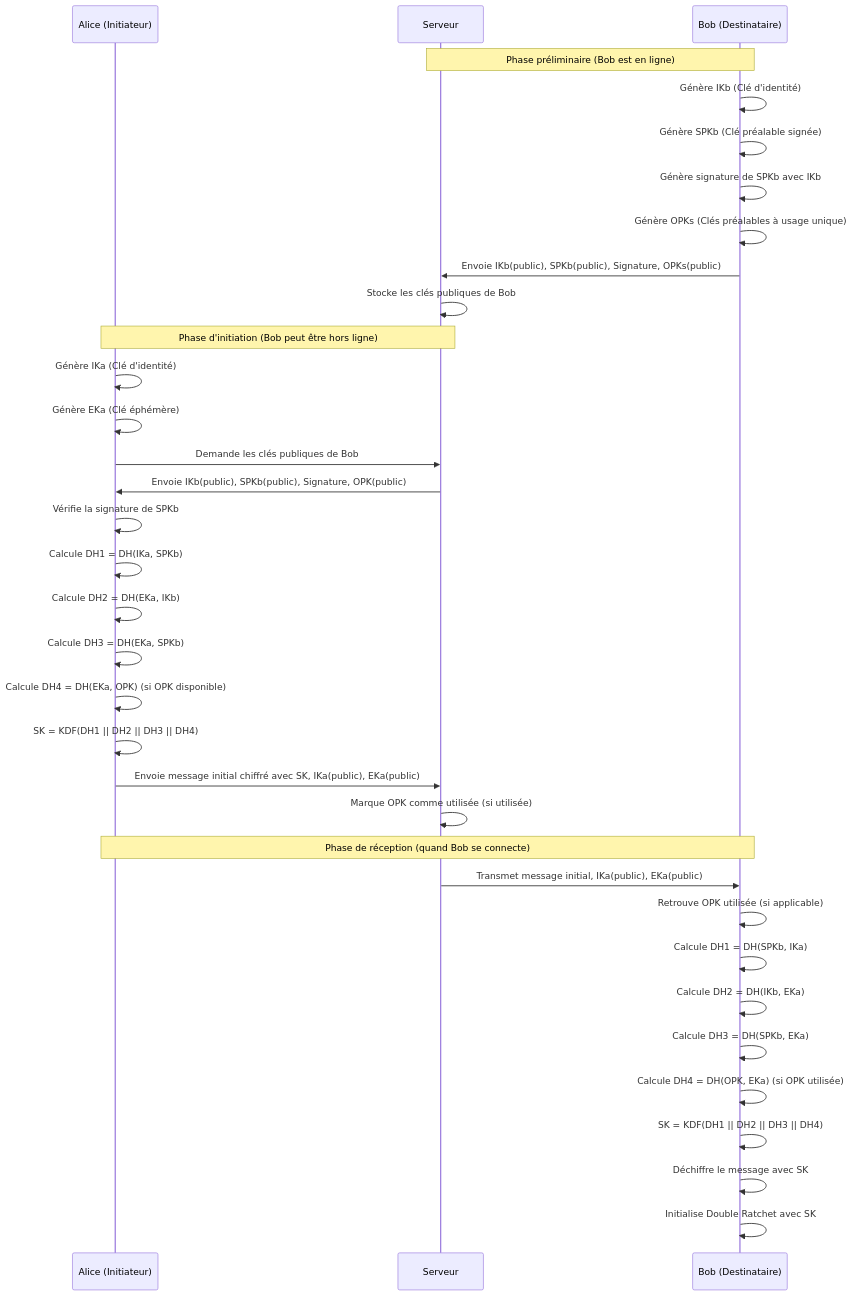
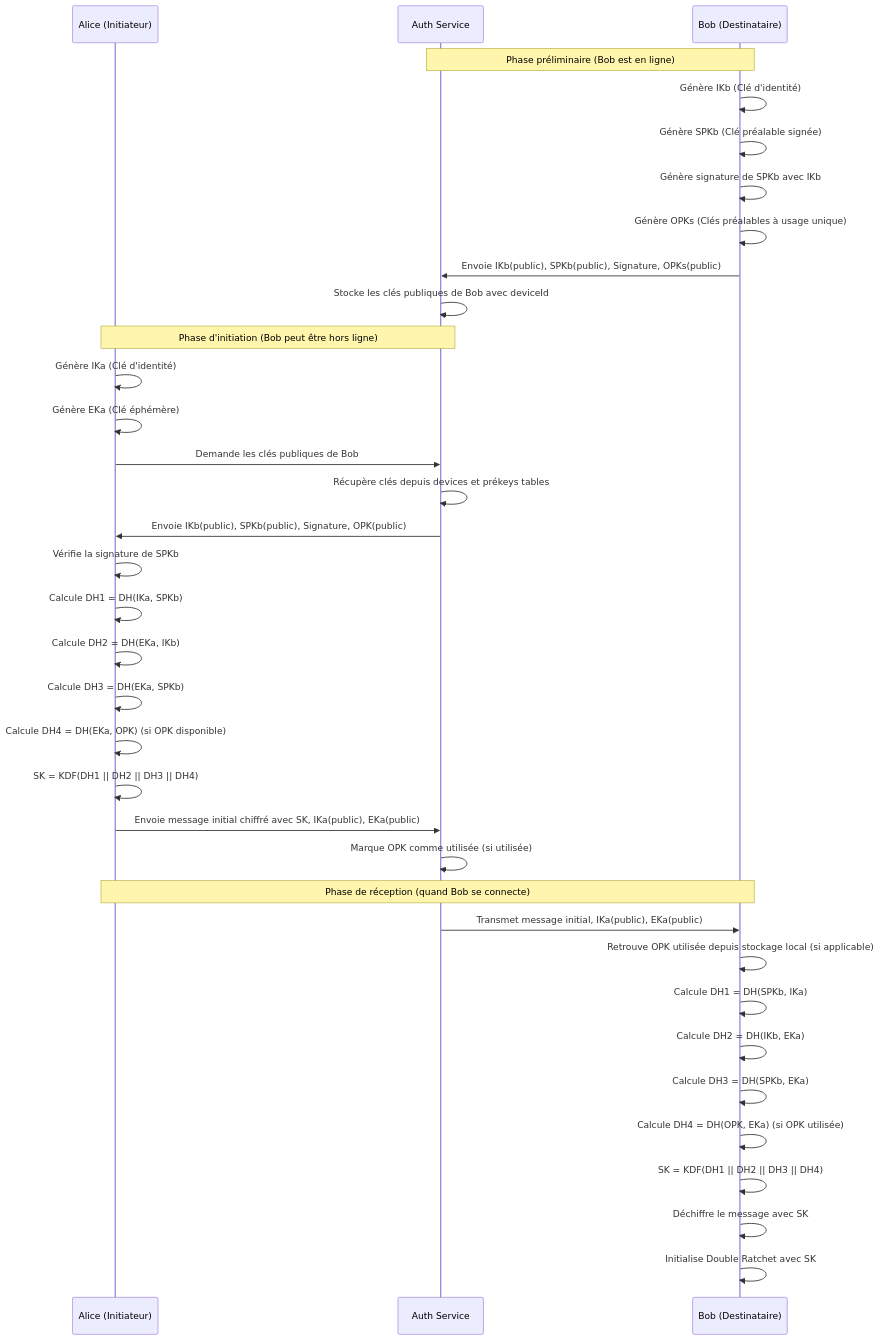
One commit to whispr-messenger/auth-service changed the third of 13 diagrams in documentation/2_fonctional_specs/4_encryption_end_to_end.md. Above: the diagram before and after it, drawn with Mermaid. The commit also changed other lines of this file and 4 other files, not shown here.

Commit message:
📝 Update devices data managed by auth service

````diff
--- a/documentation/2_fonctional_specs/4_encryption_end_to_end.md
+++ b/documentation/2_fonctional_specs/4_encryption_end_to_end.md
@@ -119,44 +129,45 @@
 ```mermaid
 sequenceDiagram
     participant A as Alice (Initiateur)
-    participant S as Serveur
+    participant AuthService as Auth Service
     participant B as Bob (Destinataire)
     
-    Note over B,S: Phase préliminaire (Bob est en ligne)
+    Note over B,AuthService: Phase préliminaire (Bob est en ligne)
     B->>B: Génère IKb (Clé d'identité)
     B->>B: Génère SPKb (Clé préalable signée)
     B->>B: Génère signature de SPKb avec IKb
     B->>B: Génère OPKs (Clés préalables à usage unique)
-    B->>S: Envoie IKb(public), SPKb(public), Signature, OPKs(public)
-    S->>S: Stocke les clés publiques de Bob
+    B->>AuthService: Envoie IKb(public), SPKb(public), Signature, OPKs(public)
+    AuthService->>AuthService: Stocke les clés publiques de Bob avec deviceId
     
-    Note over A,S: Phase d'initiation (Bob peut être hors ligne)
+    Note over A,AuthService: Phase d'initiation (Bob peut être hors ligne)
     A->>A: Génère IKa (Clé d'identité)
     A->>A: Génère EKa (Clé éphémère)
-    A->>S: Demande les clés publiques de Bob
-    S->>A: Envoie IKb(public), SPKb(public), Signature, OPK(public)
+    A->>AuthService: Demande les clés publiques de Bob
+    AuthService->>AuthService: Récupère clés depuis devices et prékeys tables
+    AuthService->>A: Envoie IKb(public), SPKb(public), Signature, OPK(public)
     A->>A: Vérifie la signature de SPKb
     
     A->>A: Calcule DH1 = DH(IKa, SPKb)
     A->>A: Calcule DH2 = DH(EKa, IKb)
     A->>A: Calcule DH3 = DH(EKa, SPKb)
     A->>A: Calcule DH4 = DH(EKa, OPK) (si OPK disponible)
     
     A->>A: SK = KDF(DH1 || DH2 || DH3 || DH4)
     
-    A->>S: Envoie message initial chiffré avec SK, IKa(public), EKa(public)
-    S->>S: Marque OPK comme utilisée (si utilisée)
+    A->>AuthService: Envoie message initial chiffré avec SK, IKa(public), EKa(public)
+    AuthService->>AuthService: Marque OPK comme utilisée (si utilisée)
     
     Note over B,A: Phase de réception (quand Bob se connecte)
-    S->>B: Transmet message initial, IKa(public), EKa(public)
-    B->>B: Retrouve OPK utilisée (si applicable)
+    AuthService->>B: Transmet message initial, IKa(public), EKa(public)
+    B->>B: Retrouve OPK utilisée depuis stockage local (si applicable)
     
     B->>B: Calcule DH1 = DH(SPKb, IKa)
     B->>B: Calcule DH2 = DH(IKb, EKa)
     B->>B: Calcule DH3 = DH(SPKb, EKa)
     B->>B: Calcule DH4 = DH(OPK, EKa) (si OPK utilisée)
     
     B->>B: SK = KDF(DH1 || DH2 || DH3 || DH4)
     B->>B: Déchiffre le message avec SK
     B->>B: Initialise Double Ratchet avec SK
 ```
````
